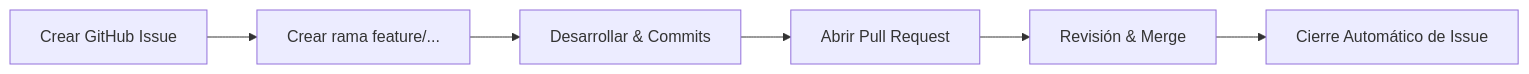
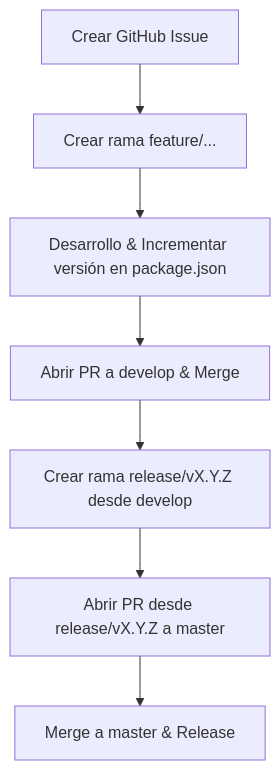
Before and after one commit to fjavidcr/portfolio-manager: the diagram in docs/github-issues-workflow.md, drawn with Mermaid. The commit also changed other lines of this file and 2 other files, not shown here.

Commit message:
chore(release): bump version to 3.1.0 and formalize release branch workflow

````diff
--- a/docs/github-issues-workflow.md
+++ b/docs/github-issues-workflow.md
@@ -27,8 +27,9 @@
 ```mermaid
-flowchart LR
+flowchart TD
     A[Crear GitHub Issue] --> B[Crear rama feature/...]
-    B --> C[Desarrollar & Commits]
-    C --> D[Abrir Pull Request]
-    D --> E[Revisión & Merge]
-    E --> F[Cierre Automático de Issue]
+    B --> C[Desarrollo & Incrementar versión en package.json]
+    C --> D[Abrir PR a develop & Merge]
+    D --> E[Crear rama release/vX.Y.Z desde develop]
+    E --> F[Abrir PR desde release/vX.Y.Z a master]
+    F --> G[Merge a master & Release]
 ```
````
